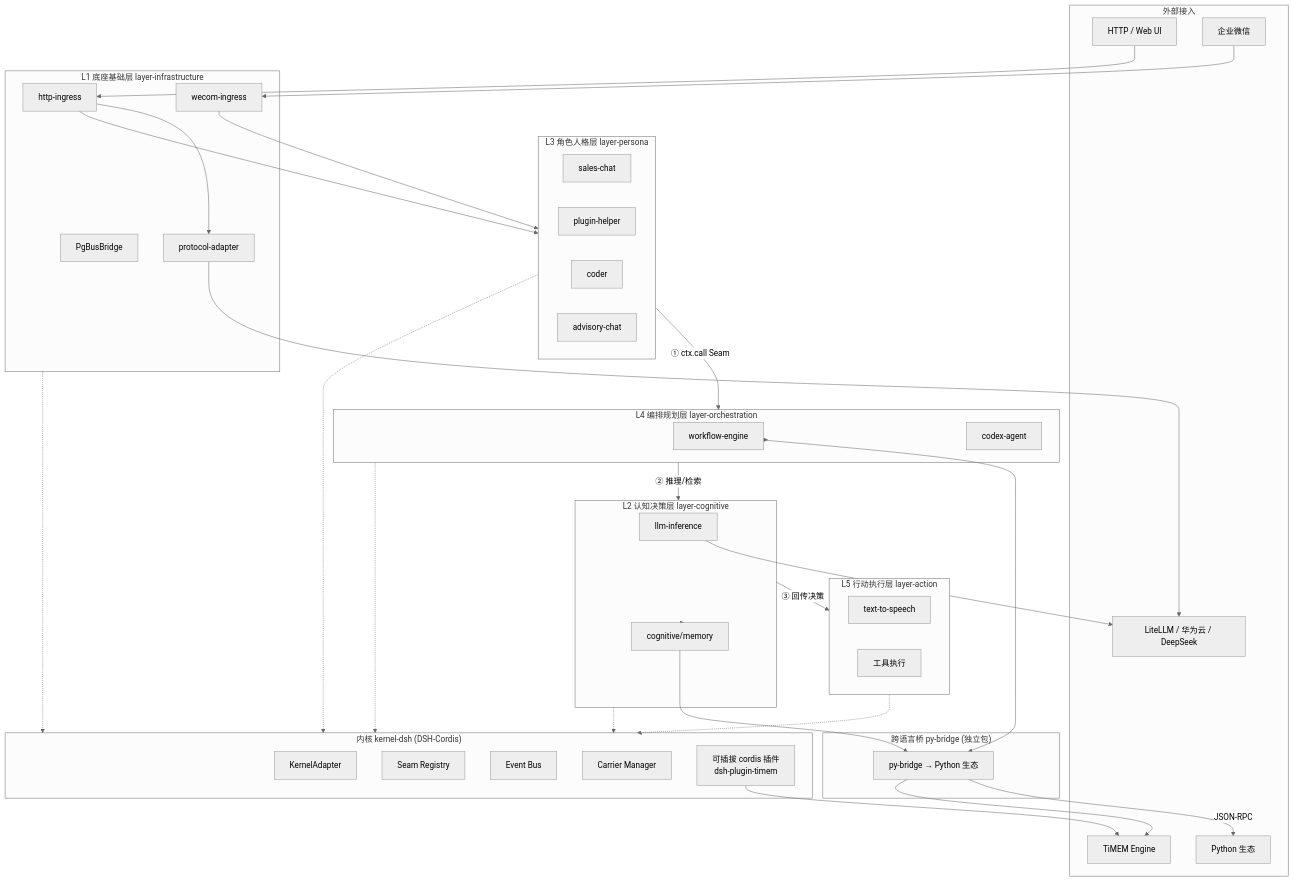
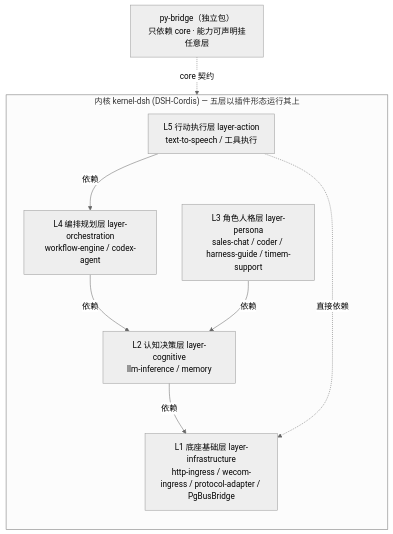
Before and after one commit to AIGility-Cloud-Innovation/aigility-harness: the second of 2 diagrams in README.md, drawn with Mermaid (neutral theme). The commit also changed other lines of this file, not shown here.

First line of the commit message:
docs(readme): 架构图重构 — 依赖序主图 + 调用时序分离

````diff
--- a/README.md
+++ b/README.md
@@ -76,76 +103,18 @@
 ```mermaid
 flowchart TB
-    subgraph 外部["外部接入"]
-        HTTP[HTTP / Web UI]
-        WECOM[企业微信]
-        LLM_API[LiteLLM / 华为云 / DeepSeek]
-        TIMEM[TiMEM Engine]
-        PY[Python 生态]
+    subgraph KERNEL["内核 kernel-dsh (DSH-Cordis) — 五层以插件形态运行其上"]
+        direction TB
+        L5["L5 行动执行层 layer-action<br/>text-to-speech / 工具执行"]
+        L4["L4 编排规划层 layer-orchestration<br/>workflow-engine / codex-agent"]
+        L3["L3 角色人格层 layer-persona<br/>sales-chat / coder / harness-guide / timem-support"]
+        L2["L2 认知决策层 layer-cognitive<br/>llm-inference / memory"]
+        L1["L1 底座基础层 layer-infrastructure<br/>http-ingress / wecom-ingress / protocol-adapter / PgBusBridge"]
+        L5 -->|依赖| L4
+        L4 -->|依赖| L2
+        L3 -->|依赖| L2
+        L2 -->|依赖| L1
+        L5 -.->|直接依赖| L1
     end
-
-    subgraph 内核["内核 kernel-dsh (DSH-Cordis)"]
-        KA[KernelAdapter]
-        SR[Seam Registry]
-        EB[Event Bus]
-        CM[Carrier Manager]
-        CP[可插拔 cordis 插件<br/>dsh-plugin-timem]
-    end
-
-    subgraph L1["L1 底座基础层 layer-infrastructure"]
-        ING[http-ingress]
-        WEC[wecom-ingress]
-        PA[protocol-adapter]
-        PG[PgBusBridge]
-    end
-
-    subgraph PYB["跨语言桥 py-bridge (独立包)"]
-        BR[py-bridge → Python 生态]
-    end
-
-    subgraph L3["L3 角色人格层 layer-persona"]
-        SC[sales-chat]
-        PH[plugin-helper]
-        CD[coder]
-        AC[advisory-chat]
-    end
-
-    subgraph L4["L4 编排规划层 layer-orchestration"]
-        WE[workflow-engine]
-        CA[codex-agent]
-    end
-
-    subgraph L2["L2 认知决策层 layer-cognitive"]
-        LLM[llm-inference]
-        MEM[cognitive/memory]
-    end
-
-    subgraph L5["L5 行动执行层 layer-action"]
-        TTS[text-to-speech]
-        TOOL[工具执行]
-    end
-
-    HTTP --> ING
-    WECOM --> WEC
-    ING --> L3
-    WEC --> L3
-
-    L3 -->|① ctx.call Seam| L4
-    L4 -->|② 推理/检索| L2
-    L2 -->|③ 回传决策| L5
-    L4 --> WE
-    WE --> BR
-    BR -->|JSON-RPC| PY
-    L2 --> MEM
-    MEM --> BR
-    BR --> TIMEM
-    CP --> TIMEM
-    LLM --> LLM_API
-    PA --> LLM_API
-    ING --> PA
-
-    L3 -.-> 内核
-    L4 -.-> 内核
-    L2 -.-> 内核
-    L5 -.-> 内核
-    L1 -.-> 内核
+    PYB["py-bridge（独立包）<br/>只依赖 core · 能力可声明挂任意层"]
+    PYB -.->|core 契约| KERNEL
 ```
````
